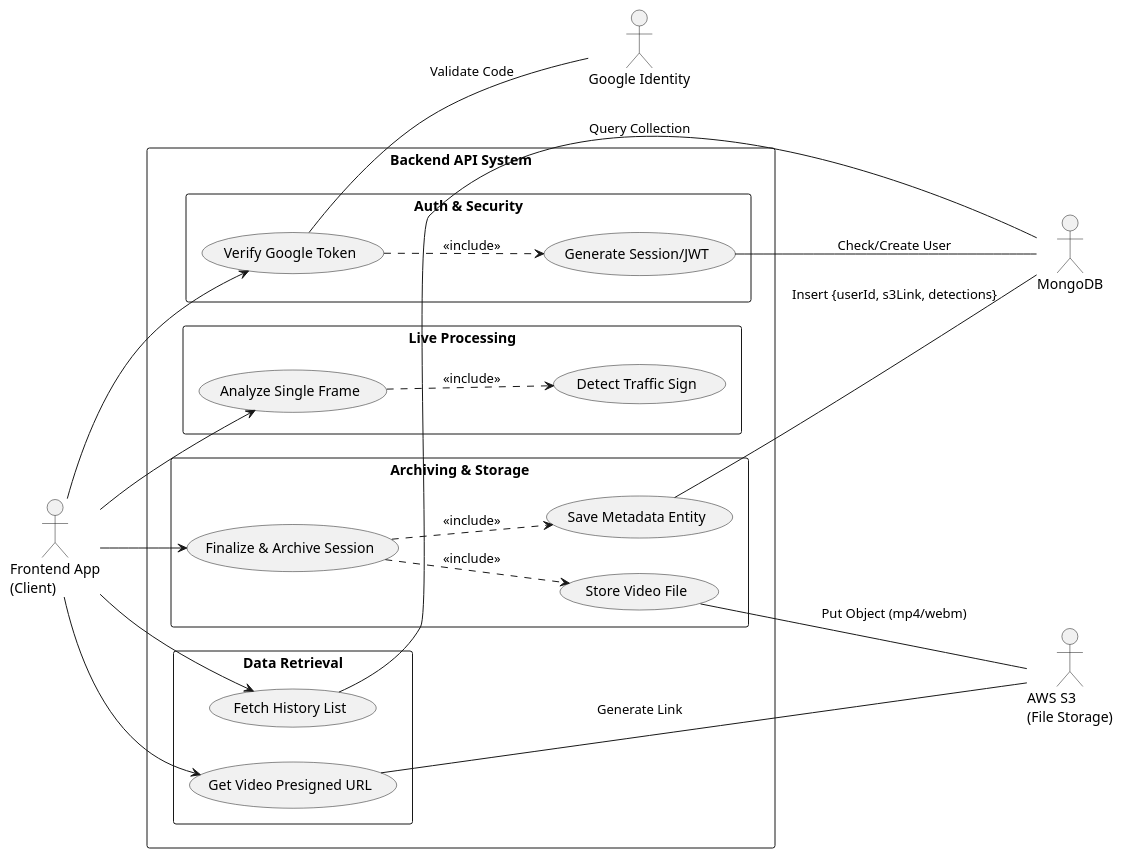
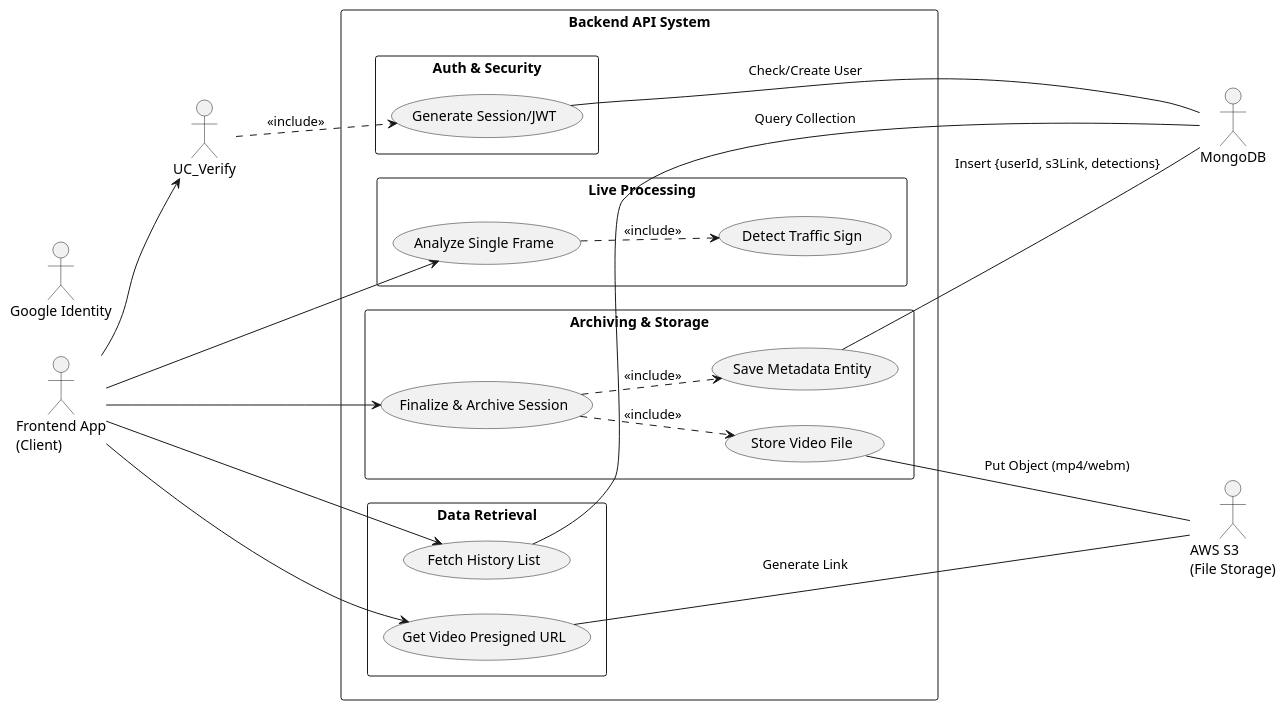
One commit to Matiar15/engin33ring-thesis changed the diagram in docs/use_cases/frontend_usecases.puml. Above: the diagram before and after it, drawn with PlantUML. The commit also changed 28 other files, not shown here.

First line of the commit message:
polish-remaining-things chore(docs): clean up use case diagrams and M… (#33)

```diff
--- a/docs/use_cases/frontend_usecases.puml
+++ b/docs/use_cases/frontend_usecases.puml
@@ -1,70 +1,68 @@
 @startuml
 left to right direction
 skinparam packageStyle rectangle
 
 ' Aktor inicjujący (Twoja aplikacja React/Angular/Vue)
 actor "Frontend App\n(Client)" as Frontend
 
 ' Systemy zewnętrzne
 actor "MongoDB" as Mongo
 actor "AWS S3\n(File Storage)" as S3
 actor "Google Identity" as Google
 
 package "Backend API System" {
 
   ' Sekcja Auth
   rectangle "Auth & Security" {
-    usecase "Verify Google Token" as UC_Verify
     usecase "Generate Session/JWT" as UC_JWT
   }
 
   ' Sekcja Przetwarzania (Live)
   rectangle "Live Processing" {
     usecase "Analyze Single Frame" as UC_Analyze
     usecase "Detect Traffic Sign" as UC_Detect
   }
 
   ' Sekcja Archiwizacji (To co chciałeś)
   rectangle "Archiving & Storage" {
     usecase "Finalize & Archive Session" as UC_Archive
     usecase "Store Video File" as UC_S3Upload
     usecase "Save Metadata Entity" as UC_MongoSave
   }
 
   ' Sekcja Pobierania danych
   rectangle "Data Retrieval" {
     usecase "Fetch History List" as UC_GetList
     usecase "Get Video Presigned URL" as UC_GetVideo
   }
 }
 
 ' --- RELACJE AUTH ---
 Frontend --> UC_Verify
-UC_Verify -- Google : "Validate Code"
 UC_Verify ..> UC_JWT : <<include>>
 UC_JWT -- Mongo : "Check/Create User"
 
 ' --- RELACJE PROCESSING ---
 Frontend --> UC_Analyze
 UC_Analyze ..> UC_Detect : <<include>>
 ' Tu opcjonalnie: Możesz zapisać wynik analizy klatki do bazy, ale przy streamingu często zapisuje się tylko wynik końcowy
 ' UC_Detect -- Mongo : "Log detection (optional)"
 
 ' --- RELACJE ARCHIWIZACJA (Kluczowe dla Ciebie) ---
 Frontend --> UC_Archive
 ' Archiwizacja wymaga dwóch kroków technicznych:
 UC_Archive ..> UC_S3Upload : <<include>>
 UC_Archive ..> UC_MongoSave : <<include>>
 
 ' Interakcje z bazami
 UC_S3Upload -- S3 : "Put Object (mp4/webm)"
 UC_MongoSave -- Mongo : "Insert {userId, s3Link, detections}"
 
 ' --- RELACJE POBIERANIA ---
 Frontend --> UC_GetList
 UC_GetList -- Mongo : "Query Collection"
 
 Frontend --> UC_GetVideo
 UC_GetVideo -- S3 : "Generate Link"
 
 @enduml
```
